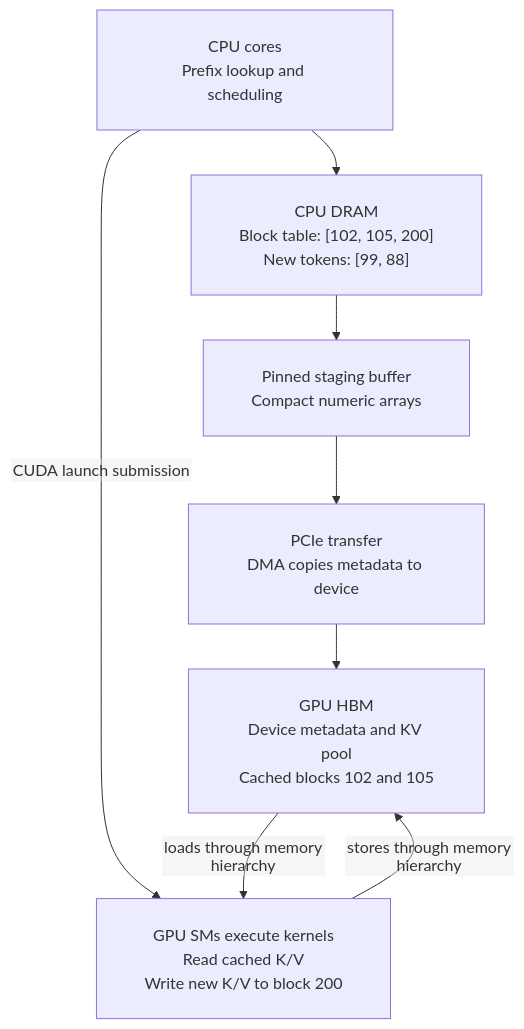
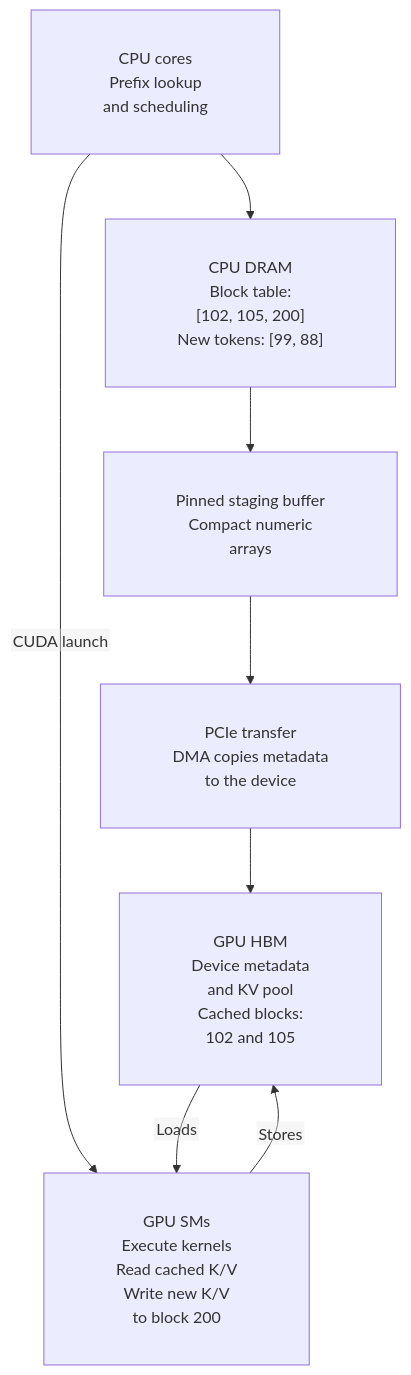
Before and after one commit to udit4code/TensorTonic-Solutions: the diagram in study-plans/language-modeling-from-scratch/cs336-l18-kv-prefix-trie/cpu-gpu-kv-data-movement.md, drawn with Mermaid. The commit also changed other lines of this file and 2 other files, not shown here.

````diff
--- a/study-plans/language-modeling-from-scratch/cs336-l18-kv-prefix-trie/cpu-gpu-kv-data-movement.md
+++ b/study-plans/language-modeling-from-scratch/cs336-l18-kv-prefix-trie/cpu-gpu-kv-data-movement.md
@@ -44,14 +44,31 @@
 ```mermaid
-%%{init: {"flowchart": {"htmlLabels": false, "padding": 24, "rankSpacing": 45}, "themeVariables": {"fontSize": "16px"}}}%%
+%%{init: {"flowchart": {"htmlLabels": false, "padding": 36, "nodeSpacing": 60, "rankSpacing": 65}, "themeVariables": {"fontSize": "16px"}}}%%
 flowchart TD
-    A["CPU cores<br/>Prefix lookup and scheduling"]
-    B["CPU DRAM<br/>Block table: [102, 105, 200]<br/>New tokens: [99, 88]"]
-    C["Pinned staging buffer<br/>Compact numeric arrays"]
-    D["PCIe transfer<br/>DMA copies metadata to device"]
-    E["GPU HBM<br/>Device metadata and KV pool<br/>Cached blocks 102 and 105"]
-    F["GPU SMs execute kernels<br/>Read cached K/V<br/>Write new K/V to block 200"]
+    A["`CPU cores
+Prefix lookup
+and scheduling`"]
+    B["`CPU DRAM
+Block table:
+[102, 105, 200]
+New tokens: [99, 88]`"]
+    C["`Pinned staging buffer
+Compact numeric
+arrays`"]
+    D["`PCIe transfer
+DMA copies metadata
+to the device`"]
+    E["`GPU HBM
+Device metadata
+and KV pool
+Cached blocks:
+102 and 105`"]
+    F["`GPU SMs
+Execute kernels
+Read cached K/V
+Write new K/V
+to block 200`"]
     A --> B --> C --> D --> E
-    A -->|CUDA launch submission| F
-    E -->|loads through memory hierarchy| F
-    F -->|stores through memory hierarchy| E
+    A -->|CUDA launch| F
+    E -->|Loads| F
+    F -->|Stores| E
 ```
````
